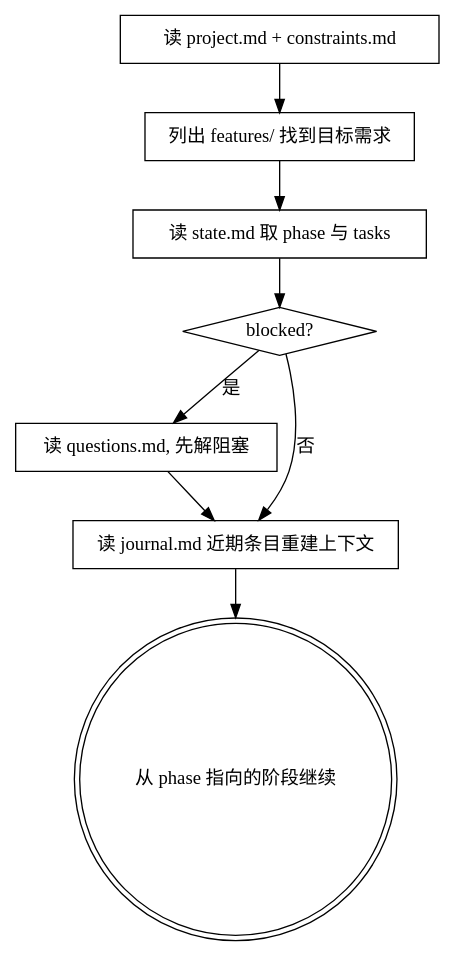
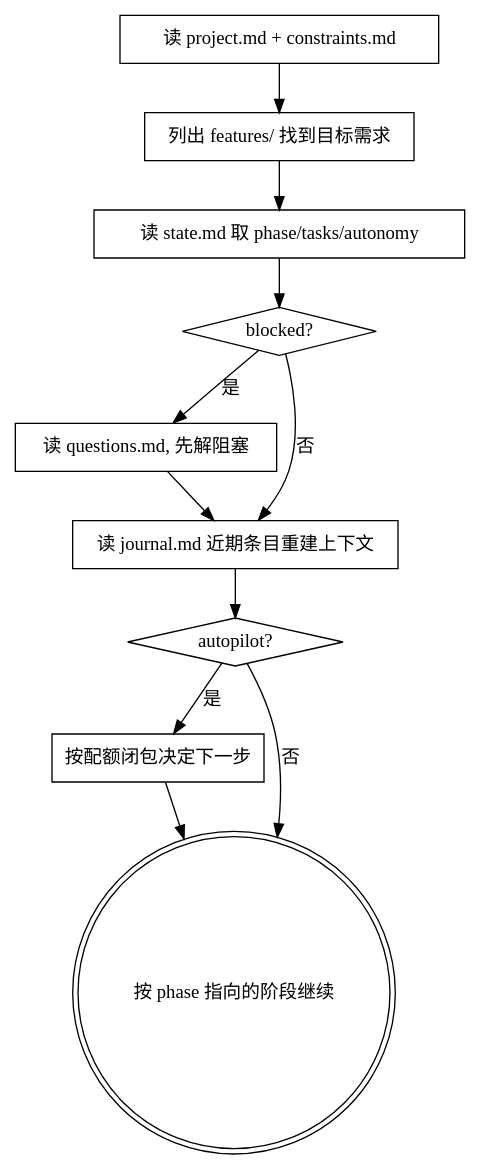
Before and after one commit to andoop/sandtable: the diagram in skills/state-and-memory/SKILL.md, drawn with Graphviz. The commit also changed other lines of this file and 32 other files, not shown here.

````diff
--- a/skills/state-and-memory/SKILL.md
+++ b/skills/state-and-memory/SKILL.md
@@ -80,17 +92,22 @@
 ```dot
 digraph resume {
   "读 project.md + constraints.md" [shape=box];
   "列出 features/ 找到目标需求" [shape=box];
-  "读 state.md 取 phase 与 tasks" [shape=box];
+  "读 state.md 取 phase/tasks/autonomy" [shape=box];
   "blocked?" [shape=diamond];
   "读 questions.md, 先解阻塞" [shape=box];
   "读 journal.md 近期条目重建上下文" [shape=box];
-  "从 phase 指向的阶段继续" [shape=doublecircle];
+  "autopilot?" [shape=diamond];
+  "按配额闭包决定下一步" [shape=box];
+  "按 phase 指向的阶段继续" [shape=doublecircle];
 
-  "读 project.md + constraints.md" -> "列出 features/ 找到目标需求" -> "读 state.md 取 phase 与 tasks" -> "blocked?";
+  "读 project.md + constraints.md" -> "列出 features/ 找到目标需求" -> "读 state.md 取 phase/tasks/autonomy" -> "blocked?";
   "blocked?" -> "读 questions.md, 先解阻塞" [label="是"];
   "blocked?" -> "读 journal.md 近期条目重建上下文" [label="否"];
   "读 questions.md, 先解阻塞" -> "读 journal.md 近期条目重建上下文";
-  "读 journal.md 近期条目重建上下文" -> "从 phase 指向的阶段继续";
+  "读 journal.md 近期条目重建上下文" -> "autopilot?";
+  "autopilot?" -> "按配额闭包决定下一步" [label="是"];
+  "autopilot?" -> "按 phase 指向的阶段继续" [label="否"];
+  "按配额闭包决定下一步" -> "按 phase 指向的阶段继续";
 }
 ```
````
